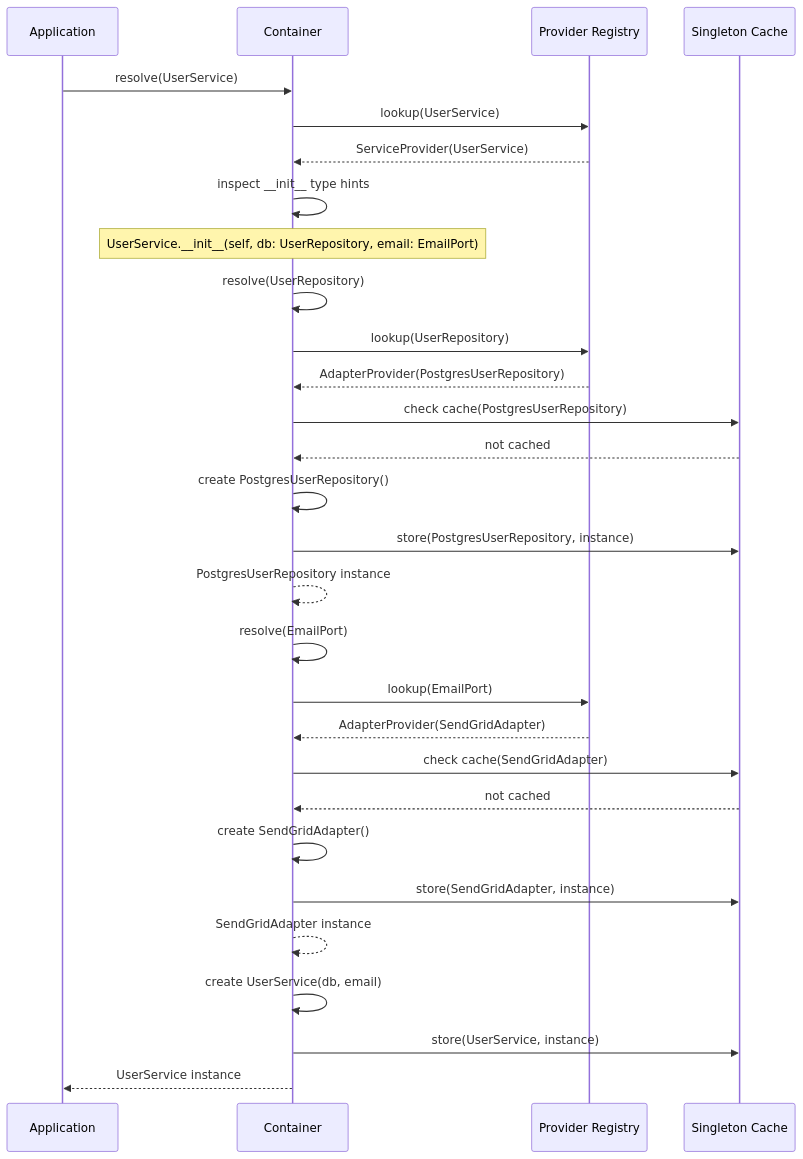
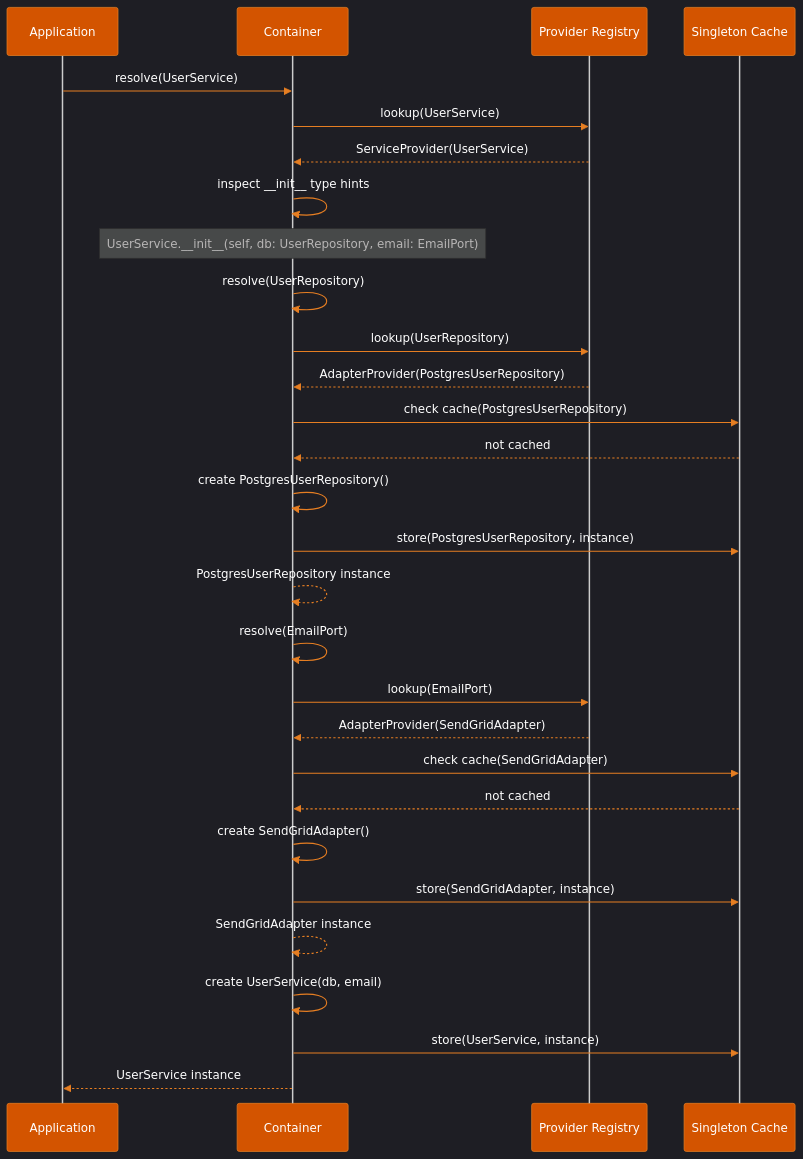
Before and after one commit to mikelane/dioxide: the third of 5 diagrams in docs/user_guide/architecture.md, drawn with Mermaid. The commit also changed other lines of this file and 1 other file, not shown here.

Commit message:
fix: apply dark theme with dioxide orange colors to all Mermaid diagrams

````diff
--- a/docs/user_guide/architecture.md
+++ b/docs/user_guide/architecture.md
@@ -186,42 +188,43 @@
 ```{mermaid}
+%%{init: {'theme': 'dark', 'themeVariables': { 'primaryColor': '#d35400', 'primaryTextColor': '#fff', 'primaryBorderColor': '#e67e22', 'lineColor': '#e67e22', 'secondaryColor': '#2c3e50', 'tertiaryColor': '#1a252f', 'actorTextColor': '#fff', 'actorBkg': '#d35400', 'actorBorder': '#e67e22', 'signalColor': '#e67e22', 'signalTextColor': '#fff'}}}%%
 sequenceDiagram
     participant App as Application
     participant Container as Container
     participant Registry as Provider Registry
     participant Cache as Singleton Cache
 
     App->>Container: resolve(UserService)
 
     Container->>Registry: lookup(UserService)
     Registry-->>Container: ServiceProvider(UserService)
 
     Container->>Container: inspect __init__ type hints
     Note over Container: UserService.__init__(self, db: UserRepository, email: EmailPort)
 
     Container->>Container: resolve(UserRepository)
     Container->>Registry: lookup(UserRepository)
     Registry-->>Container: AdapterProvider(PostgresUserRepository)
 
     Container->>Cache: check cache(PostgresUserRepository)
     Cache-->>Container: not cached
 
     Container->>Container: create PostgresUserRepository()
     Container->>Cache: store(PostgresUserRepository, instance)
     Container-->>Container: PostgresUserRepository instance
 
     Container->>Container: resolve(EmailPort)
     Container->>Registry: lookup(EmailPort)
     Registry-->>Container: AdapterProvider(SendGridAdapter)
 
     Container->>Cache: check cache(SendGridAdapter)
     Cache-->>Container: not cached
 
     Container->>Container: create SendGridAdapter()
     Container->>Cache: store(SendGridAdapter, instance)
     Container-->>Container: SendGridAdapter instance
 
     Container->>Container: create UserService(db, email)
     Container->>Cache: store(UserService, instance)
 
     Container-->>App: UserService instance
 ```
````
